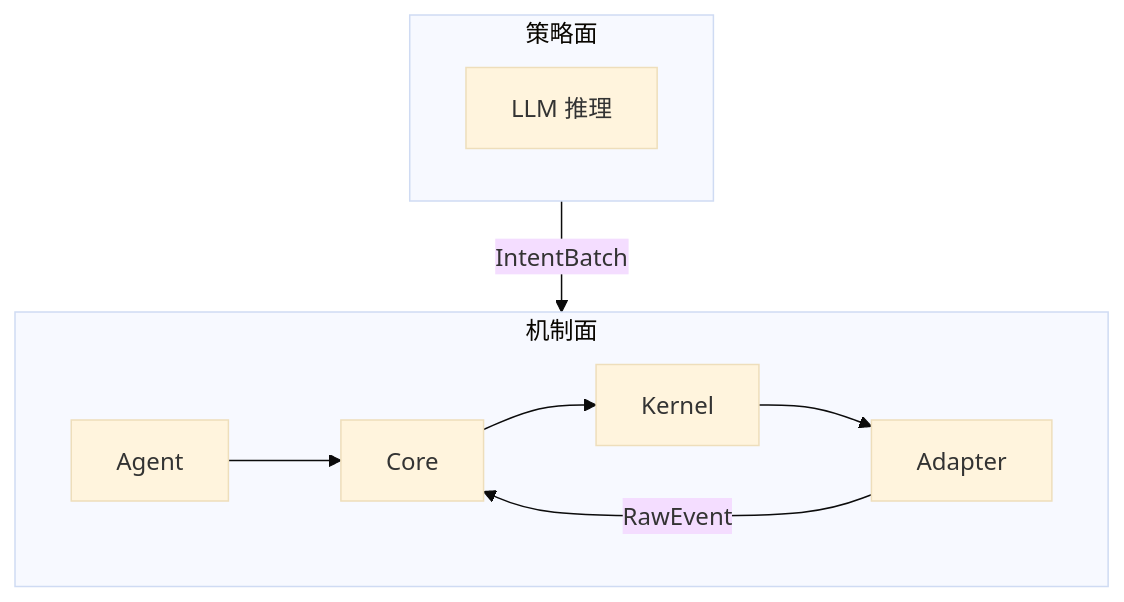
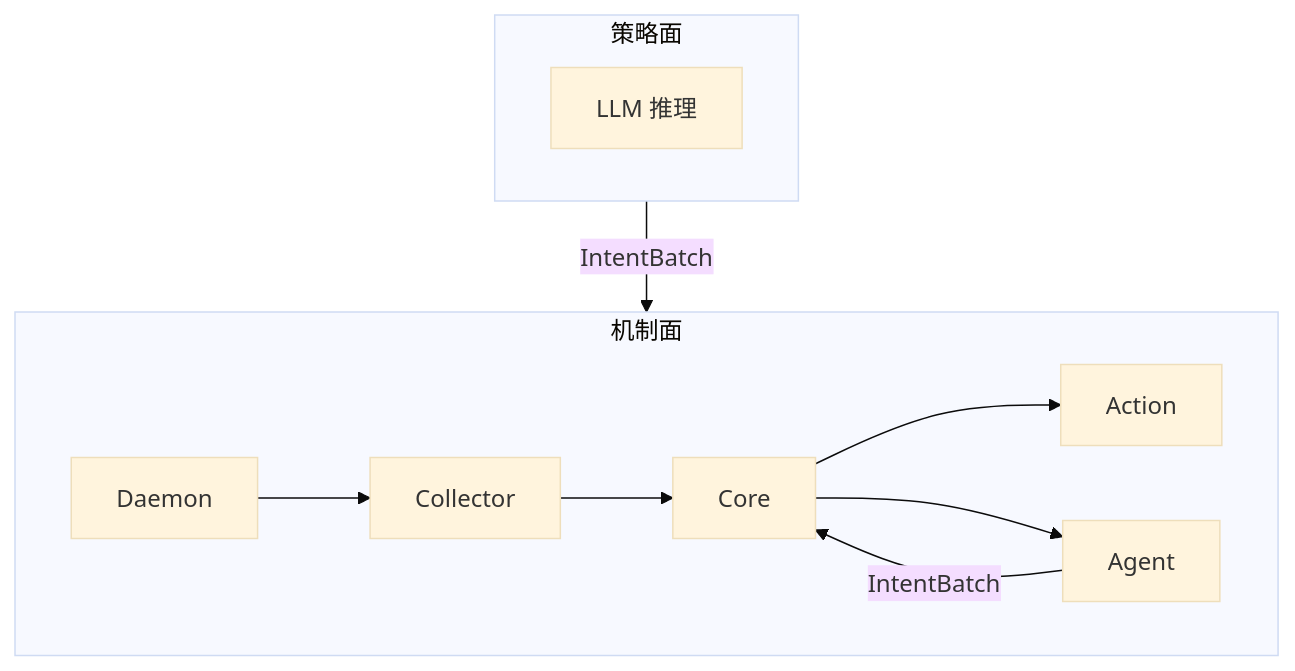
One commit to 114August514/DiPECS changed the first of 12 diagrams in docs/slides/midterm/slides.md. Above: the diagram before and after it, drawn with Mermaid (base theme). The commit also changed other lines of this file and 22 other files, not shown here.

````diff
--- a/docs/slides/midterm/slides.md
+++ b/docs/slides/midterm/slides.md
@@ -396,12 +397,13 @@
 ```mermaid {scale: 0.42}
 graph TD
     subgraph Cloud["策略面"]
         LLM["LLM 推理"]
     end
     subgraph Device["机制面"]
         direction LR
-        Agent["Agent"] --> Core["Core"] --> Kernel["Kernel"] --> Adapter["Adapter"]
+        Daemon["Daemon"] --> Collector["Collector"] --> Core["Core"] --> Action["Action"]
+        Core --> Agent["Agent"]
     end
     Cloud -->|"IntentBatch"| Agent
-    Adapter -->|"RawEvent"| Core
+    Agent -->|"IntentBatch"| Core
 ```
````
